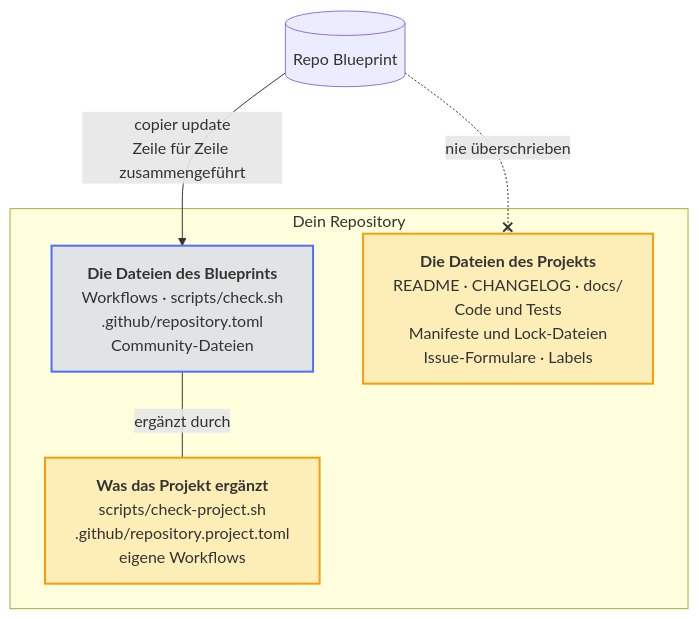
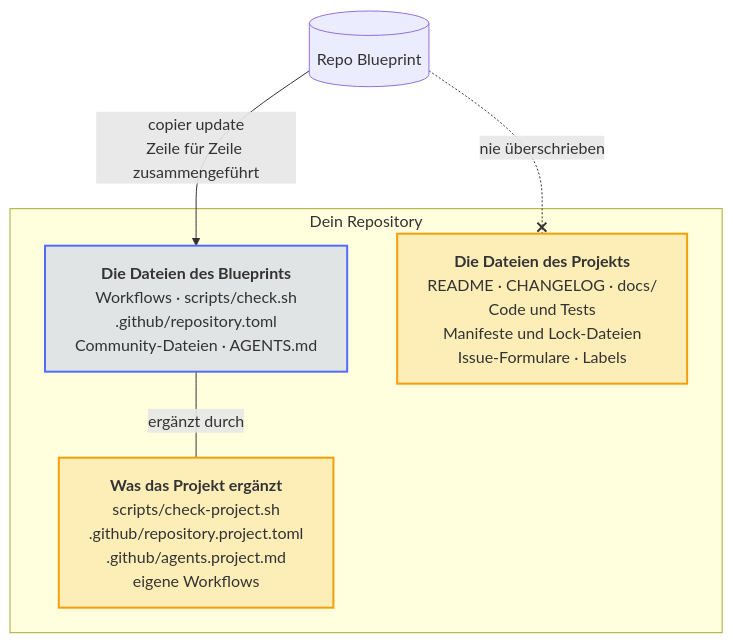
Before and after one commit to Dennis-Otto/repo-blueprint: the diagram in docs/diagrams/what-belongs-to-the-blueprint-and-what-to-the-project.de.mmd, drawn with Mermaid. The commit also changed 23 other files, not shown here.

First line of the commit message:
feat: AGENTS.md for coding agents in every repository (#178)

```diff
--- a/docs/diagrams/what-belongs-to-the-blueprint-and-what-to-the-project.de.mmd
+++ b/docs/diagrams/what-belongs-to-the-blueprint-and-what-to-the-project.de.mmd
@@ -1,25 +1,25 @@
 ---
 config:
   flowchart:
     wrappingWidth: 400
 ---
 flowchart TB
     accTitle: Was dem Blueprint gehört und was dem Projekt
-    accDescr: copier update bringt die Änderungen der Dateien des Blueprints, Zeile für Zeile mit den Änderungen des Repositorys zusammengeführt, und überschreibt nie die Dateien des Projekts. Ein Projekt ergänzt eigene Prüfungen, Einstellungen und Workflows neben denen des Blueprints.
+    accDescr: copier update bringt die Änderungen der Dateien des Blueprints, Zeile für Zeile mit den Änderungen des Repositorys zusammengeführt, und überschreibt nie die Dateien des Projekts. Ein Projekt ergänzt eigene Prüfungen, Einstellungen, Notizen für Coding-Agents und Workflows neben denen des Blueprints.
 
     blueprint[("Repo Blueprint")]
 
     subgraph repo ["Dein Repository"]
-        theirs["`**Die Dateien des Blueprints**<br>Workflows · scripts/check.sh<br>.github/repository.toml<br>Community-Dateien`"]
+        theirs["`**Die Dateien des Blueprints**<br>Workflows · scripts/check.sh<br>.github/repository.toml<br>Community-Dateien · AGENTS.md`"]
         mine["`**Die Dateien des Projekts**<br>README · CHANGELOG · docs/<br>Code und Tests<br>Manifeste und Lock-Dateien<br>Issue-Formulare · Labels`"]
-        adds["`**Was das Projekt ergänzt**<br>scripts/check-project.sh<br>.github/repository.project.toml<br>eigene Workflows`"]
+        adds["`**Was das Projekt ergänzt**<br>scripts/check-project.sh<br>.github/repository.project.toml<br>.github/agents.project.md<br>eigene Workflows`"]
     end
 
     blueprint -- "copier update<br>Zeile für Zeile zusammengeführt" --> theirs
     blueprint -. "nie überschrieben" .-x mine
     theirs -- "ergänzt durch" --- adds
 
     classDef bot fill:#526cfe2e,stroke:#526cfe,stroke-width:2px
     classDef person fill:#f59e0b2e,stroke:#f59e0b,stroke-width:2px
     class theirs bot
     class mine,adds person
```
